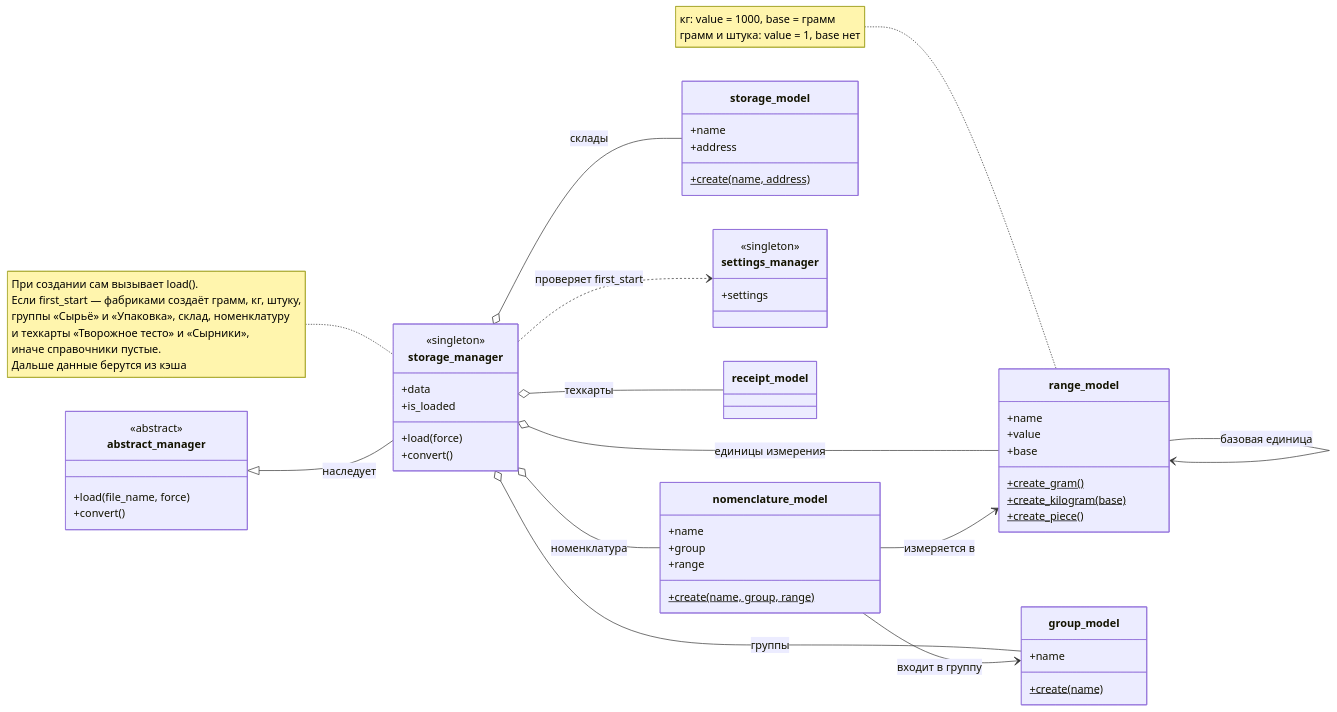
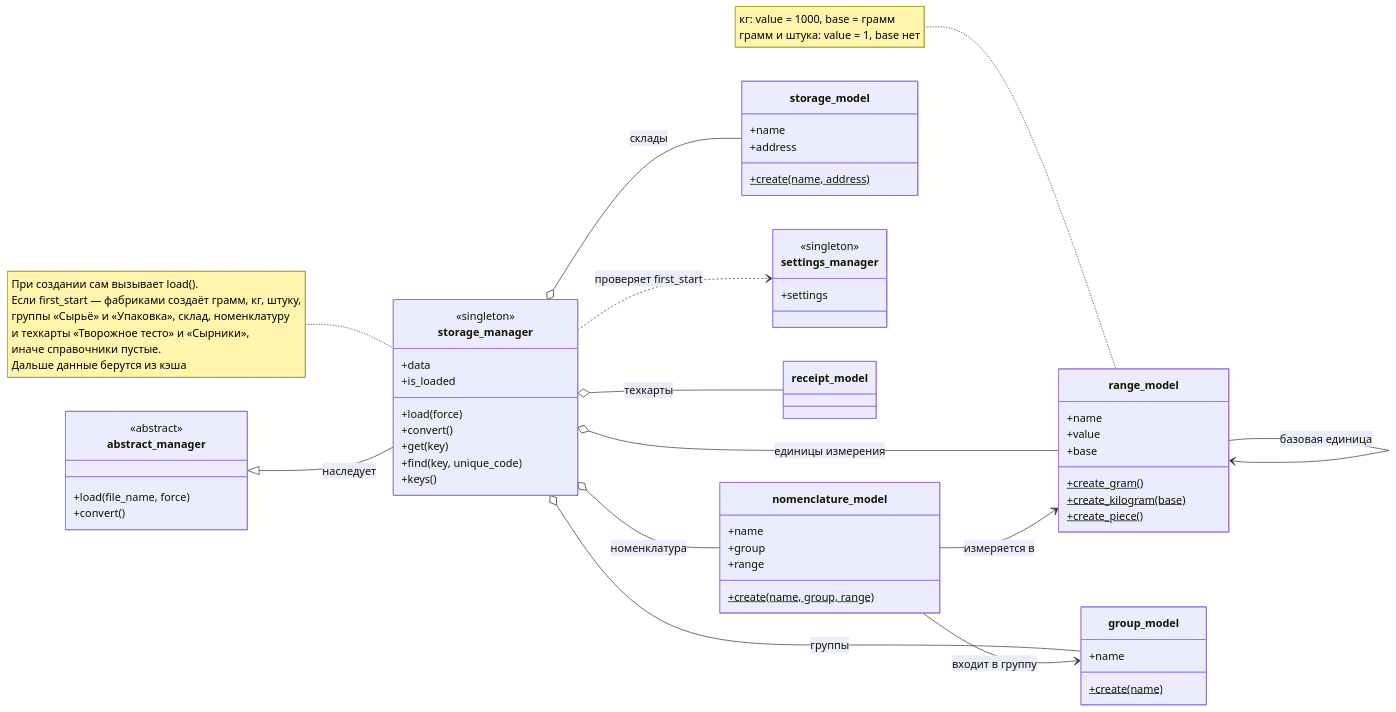
Before and after one commit to zenderio-dev/patterns_HW: the second of 4 diagrams in Docs/Uml.md, drawn with Mermaid. The commit also changed other lines of this file, not shown here.

````diff
--- a/Docs/Uml.md
+++ b/Docs/Uml.md
@@ -56,64 +57,67 @@
 ```mermaid
 classDiagram
     direction LR
 
     class abstract_manager {
         <<abstract>>
         +load(file_name, force)
         +convert()
     }
 
     class storage_manager {
         <<singleton>>
         +load(force)
         +convert()
+        +get(key)
+        +find(key, unique_code)
+        +keys()
         +data
         +is_loaded
     }
 
     class range_model {
         +name
         +value
         +base
         +create_gram()$
         +create_kilogram(base)$
         +create_piece()$
     }
 
     class group_model {
         +name
         +create(name)$
     }
 
     class nomenclature_model {
         +name
         +group
         +range
         +create(name, group, range)$
     }
 
     class storage_model {
         +name
         +address
         +create(name, address)$
     }
 
     class settings_manager {
         <<singleton>>
         +settings
     }
 
     abstract_manager <|-- storage_manager : наследует
     storage_manager ..> settings_manager : проверяет first_start
     storage_manager o-- range_model : единицы измерения
     storage_manager o-- group_model : группы
     storage_manager o-- nomenclature_model : номенклатура
     storage_manager o-- storage_model : склады
     storage_manager o-- receipt_model : техкарты
     nomenclature_model --> group_model : входит в группу
     nomenclature_model --> range_model : измеряется в
     range_model --> range_model : базовая единица
 
     note for storage_manager "При создании сам вызывает load().<br>Если first_start — фабриками создаёт грамм, кг, штуку,<br>группы «Сырьё» и «Упаковка», склад, номенклатуру<br>и техкарты «Творожное тесто» и «Сырники»,<br>иначе справочники пустые.<br>Дальше данные берутся из кэша"
     note for range_model "кг: value = 1000, base = грамм<br>грамм и штука: value = 1, base нет"
 ```
````
